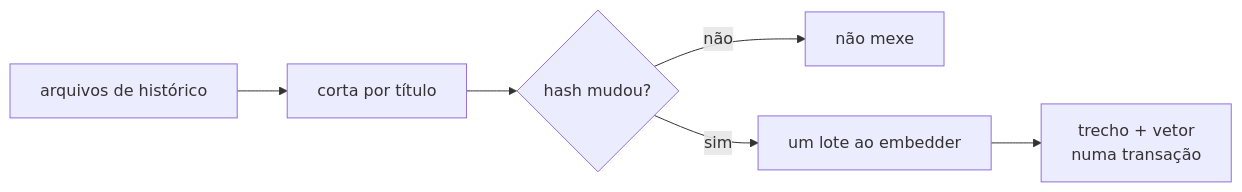
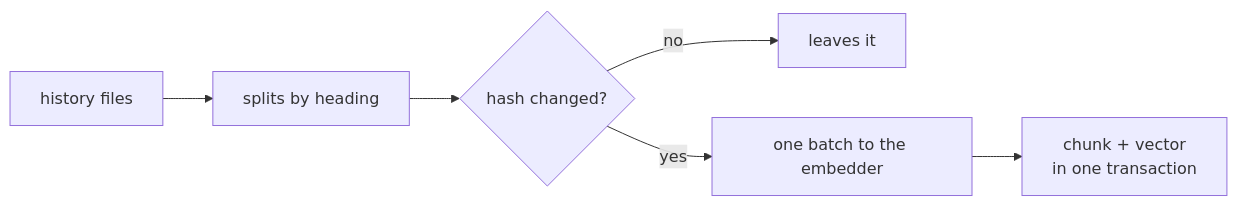
One commit to enzoconsulo/factory-tcc changed the diagram in docs/tasks/en/E6-project-memory/FAB-602-store-history-as-searchable-chunks.md. Above: the diagram before and after it, drawn with Mermaid. The commit also changed 52 other files, not shown here.

````diff
--- a/docs/tasks/en/E6-project-memory/FAB-602-store-history-as-searchable-chunks.md
+++ b/docs/tasks/en/E6-project-memory/FAB-602-store-history-as-searchable-chunks.md
@@ -11,8 +11,8 @@
 ```mermaid
 flowchart LR
-  A["arquivos de histórico"] --> B["corta por título"]
-  B --> C{"hash mudou?"}
-  C -- "não" --> U["não mexe"]
-  C -- "sim" --> E["um lote ao embedder"]
-  E --> W["trecho + vetor<br/>numa transação"]
+  A["history files"] --> B["splits by heading"]
+  B --> C{"hash changed?"}
+  C -- "no" --> U["leaves it"]
+  C -- "yes" --> E["one batch to the embedder"]
+  E --> W["chunk + vector<br/>in one transaction"]
 ```
````
